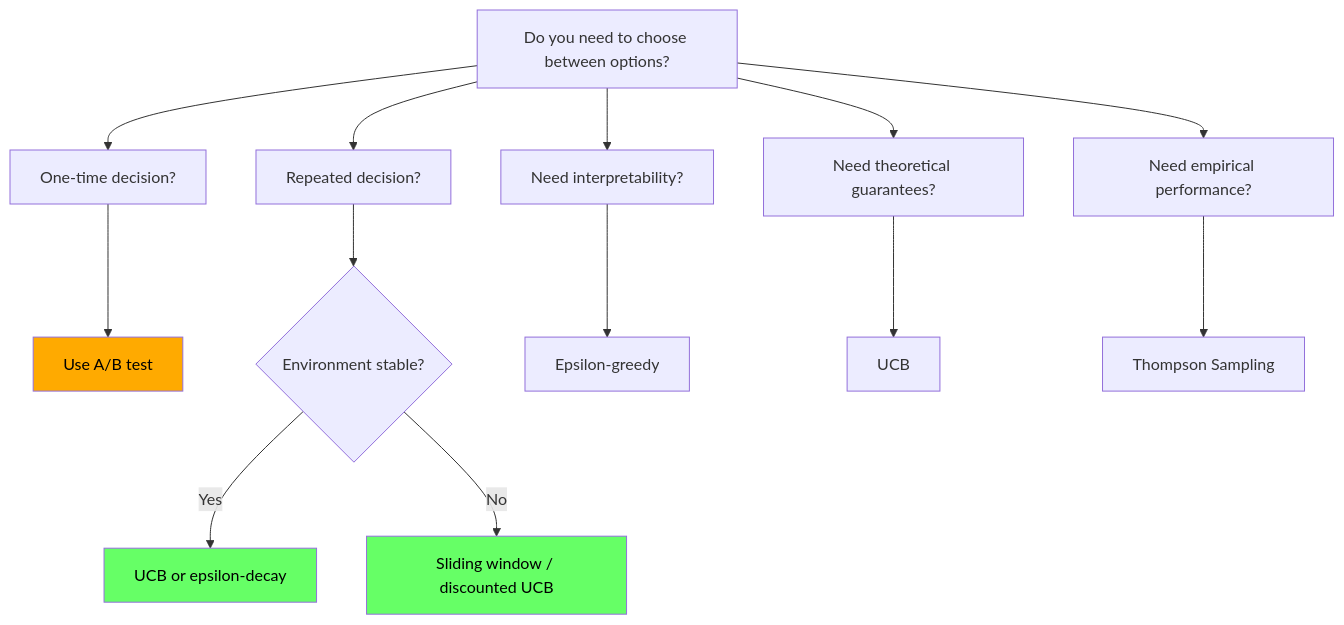
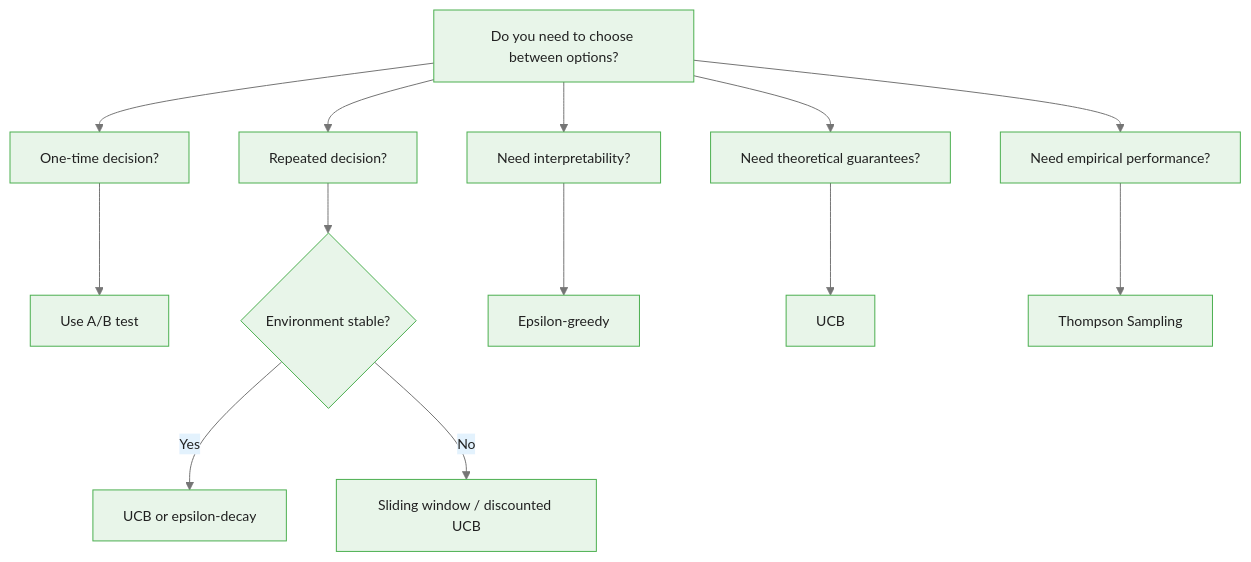
The first of 3 diagrams in courses/multi-armed-bandits-ab-testing/modules/module_00_foundations/guides/cheatsheet_slides.md (m-deane/course-creator), drawn with Mermaid before and after one commit. The commit also changed other lines of this file and 146 other files, not shown here.

````diff
--- a/courses/multi-armed-bandits-ab-testing/modules/module_00_foundations/guides/cheatsheet_slides.md
+++ b/courses/multi-armed-bandits-ab-testing/modules/module_00_foundations/guides/cheatsheet_slides.md
@@ -36,20 +42,17 @@
 ```mermaid
+%%{init: {"theme": "base", "themeVariables": {"primaryColor": "#e8f5e9", "primaryBorderColor": "#4caf50", "primaryTextColor": "#212121", "secondaryColor": "#e3f2fd", "tertiaryColor": "#fff8e1", "lineColor": "#757575", "fontFamily": "Inter, sans-serif", "fontSize": "14px"}}}%%
 flowchart TD
     Q["Do you need to choose between options?"] --> OT["One-time decision?"]
     Q --> RD["Repeated decision?"]
     Q --> INT["Need interpretability?"]
     Q --> TH["Need theoretical guarantees?"]
     Q --> EMP["Need empirical performance?"]
 
     OT --> AB["Use A/B test"]
     RD --> ST{"Environment stable?"}
     ST -->|Yes| DEC["UCB or epsilon-decay"]
     ST -->|No| ADAPT["Sliding window / discounted UCB"]
     INT --> EG["Epsilon-greedy"]
     TH --> UCB_a["UCB"]
     EMP --> TS["Thompson Sampling"]
-
-    style AB fill:#fa0,color:#000
-    style DEC fill:#6f6,color:#000
-    style ADAPT fill:#6f6,color:#000
 ```
````
